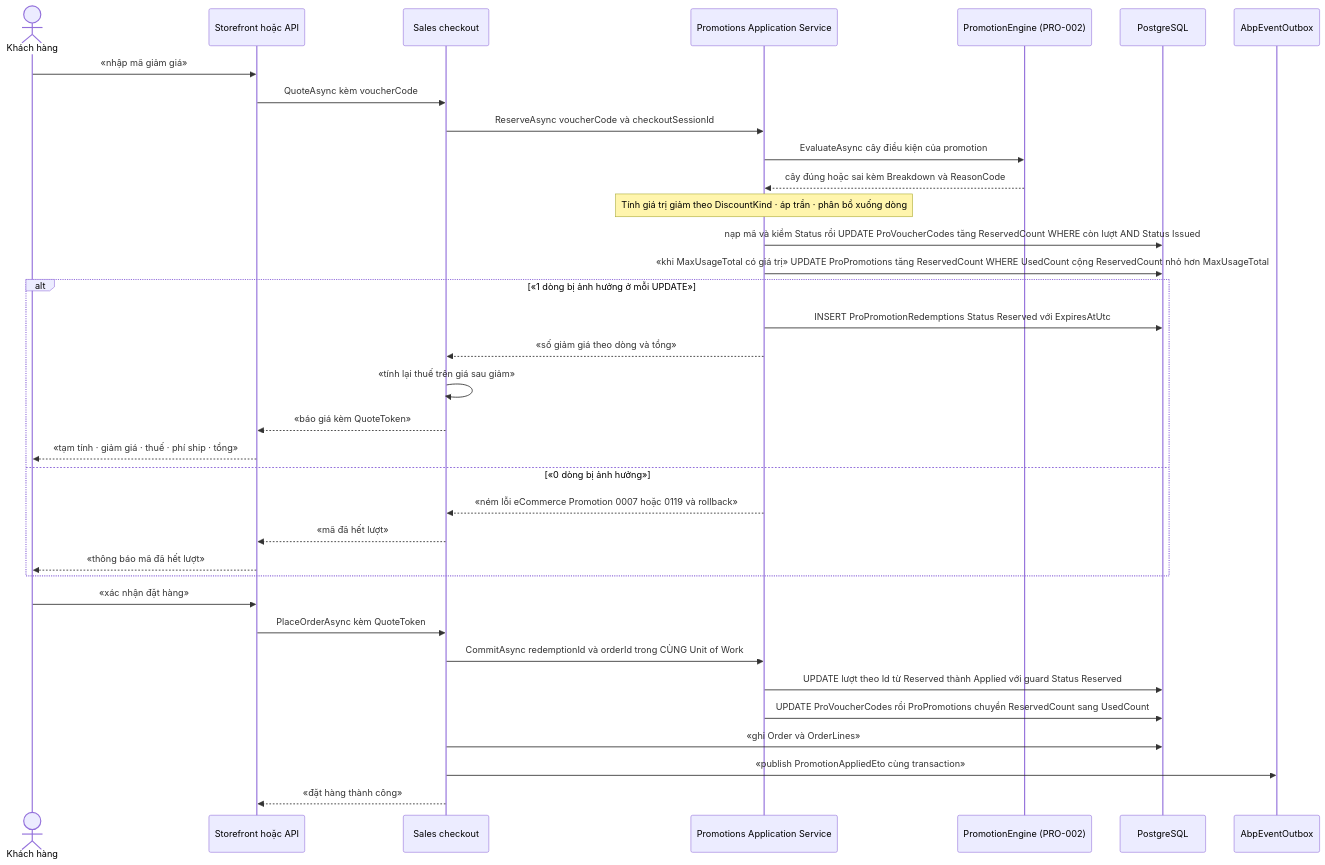
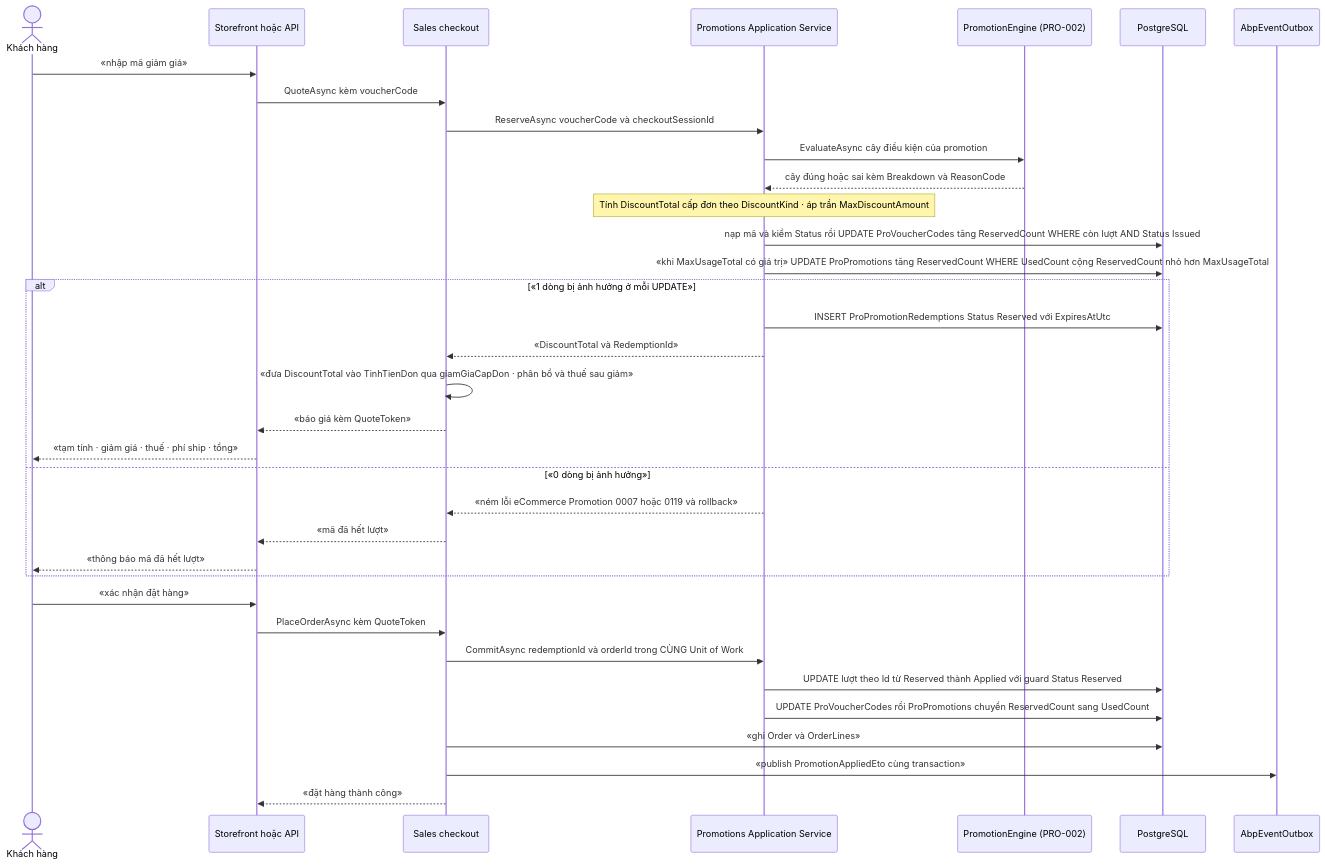
The third of 3 diagrams in docs/features/promotions/pro-001-voucher-coupon.md (hungnt9801/eCommerce), drawn with Mermaid before and after one commit. The commit also changed other lines of this file and 7 other files, not shown here.

````diff
--- a/docs/features/promotions/pro-001-voucher-coupon.md
+++ b/docs/features/promotions/pro-001-voucher-coupon.md
@@ -261,38 +261,38 @@
 ```mermaid
 sequenceDiagram
     actor KH as Khách hàng
     participant WEB as Storefront hoặc API
     participant SAL as Sales checkout
     participant PRO as Promotions Application Service
     participant ENG as PromotionEngine (PRO-002)
     participant DB as PostgreSQL
     participant OUT as AbpEventOutbox
 
     KH->>WEB: «nhập mã giảm giá»
     WEB->>SAL: QuoteAsync kèm voucherCode
     SAL->>PRO: ReserveAsync voucherCode và checkoutSessionId
     PRO->>ENG: EvaluateAsync cây điều kiện của promotion
     ENG-->>PRO: cây đúng hoặc sai kèm Breakdown và ReasonCode
-    Note over PRO: Tính giá trị giảm theo DiscountKind · áp trần · phân bổ xuống dòng
+    Note over PRO: Tính DiscountTotal cấp đơn theo DiscountKind · áp trần MaxDiscountAmount
     PRO->>DB: nạp mã và kiểm Status rồi UPDATE ProVoucherCodes tăng ReservedCount WHERE còn lượt AND Status Issued
     PRO->>DB: «khi MaxUsageTotal có giá trị» UPDATE ProPromotions tăng ReservedCount WHERE UsedCount cộng ReservedCount nhỏ hơn MaxUsageTotal
     alt «1 dòng bị ảnh hưởng ở mỗi UPDATE»
         PRO->>DB: INSERT ProPromotionRedemptions Status Reserved với ExpiresAtUtc
-        PRO-->>SAL: «số giảm giá theo dòng và tổng»
-        SAL->>SAL: «tính lại thuế trên giá sau giảm»
+        PRO-->>SAL: «DiscountTotal và RedemptionId»
+        SAL->>SAL: «đưa DiscountTotal vào TinhTienDon qua giamGiaCapDon · phân bổ và thuế sau giảm»
         SAL-->>WEB: «báo giá kèm QuoteToken»
         WEB-->>KH: «tạm tính · giảm giá · thuế · phí ship · tổng»
     else «0 dòng bị ảnh hưởng»
         PRO-->>SAL: «ném lỗi eCommerce Promotion 0007 hoặc 0119 và rollback»
         SAL-->>WEB: «mã đã hết lượt»
         WEB-->>KH: «thông báo mã đã hết lượt»
     end
     KH->>WEB: «xác nhận đặt hàng»
     WEB->>SAL: PlaceOrderAsync kèm QuoteToken
     SAL->>PRO: CommitAsync redemptionId và orderId trong CÙNG Unit of Work
     PRO->>DB: UPDATE lượt theo Id từ Reserved thành Applied với guard Status Reserved
     PRO->>DB: UPDATE ProVoucherCodes rồi ProPromotions chuyển ReservedCount sang UsedCount
     SAL->>DB: «ghi Order và OrderLines»
     SAL->>OUT: «publish PromotionAppliedEto cùng transaction»
     SAL-->>WEB: «đặt hàng thành công»
 ```
````
